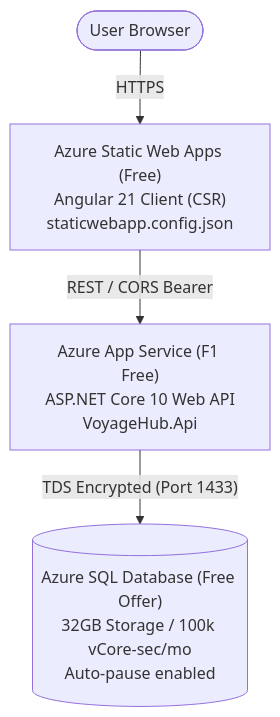
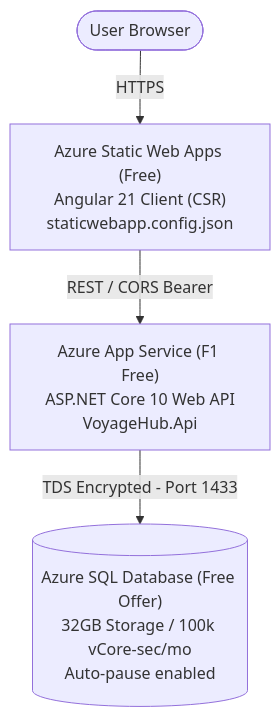
Before and after one commit to Rajat-Pandya/VoyageHub: the diagram in DEPLOYMENT.md, drawn with Mermaid. The commit also changed 2 other files, not shown here.

Commit message:
docs: fix mermaid edge label syntax to avoid parser errors

````diff
--- a/DEPLOYMENT.md
+++ b/DEPLOYMENT.md
@@ -21,11 +21,11 @@
 ```mermaid
 flowchart TD
     User([User Browser])
     SWA["Azure Static Web Apps (Free)<br>Angular 21 Client (CSR)<br>staticwebapp.config.json"]
     API["Azure App Service (F1 Free)<br>ASP.NET Core 10 Web API<br>VoyageHub.Api"]
     DB[("Azure SQL Database (Free Offer)<br>32GB Storage / 100k vCore-sec/mo<br>Auto-pause enabled")]
 
     User -->|HTTPS| SWA
     SWA -->|REST / CORS Bearer| API
-    API -->|"TDS Encrypted (Port 1433)"| DB
+    API -->|TDS Encrypted - Port 1433| DB
 ```
````
